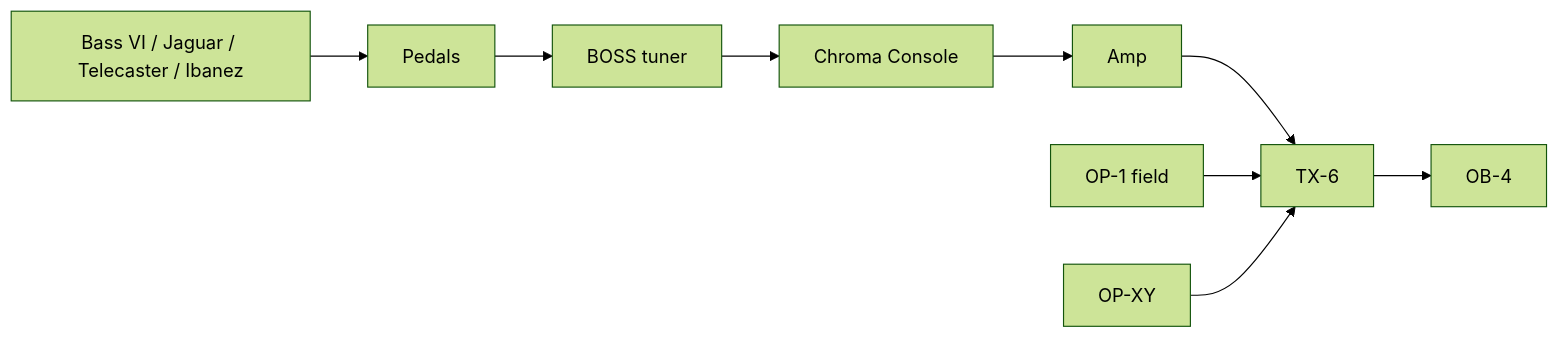
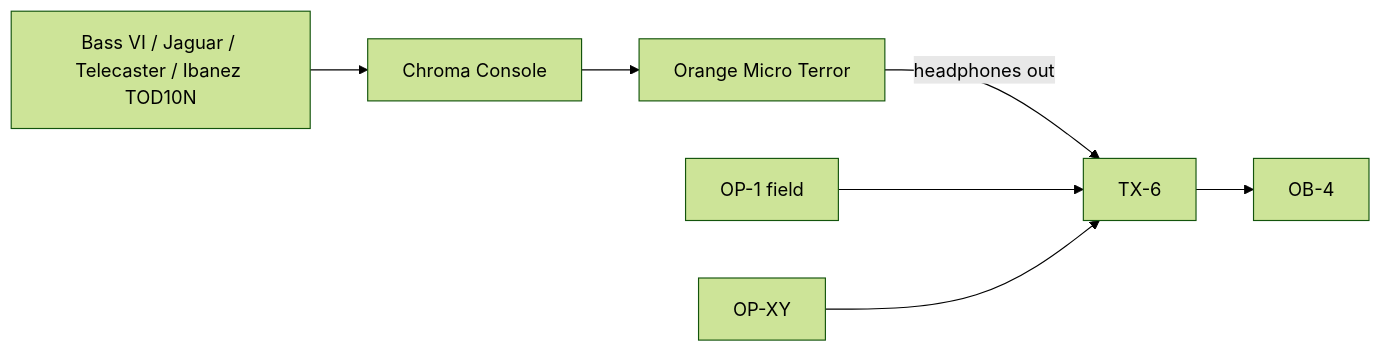
The diagram in README.md (samelliottdlt/music), drawn with Mermaid (forest theme) before and after one commit. The commit also changed other lines of this file and 16 other files, not shown here.

First line of the commit message:
Apply Sam's rig update: Chroma Console only, Orange Micro Terror, Ibanez TOD10N

````diff
--- a/README.md
+++ b/README.md
@@ -73,7 +73,8 @@
 ```mermaid
 flowchart LR
-    G[Bass VI / Jaguar / Telecaster / Ibanez] --> P[Pedals] --> T[BOSS tuner] --> C[Chroma Console] --> A[Amp] --> TX6[TX-6]
+    G[Bass VI / Jaguar / Telecaster / Ibanez TOD10N] --> C[Chroma Console] --> A[Orange Micro Terror]
+    A -->|headphones out| TX6[TX-6]
     OP1[OP-1 field] --> TX6
     OPXY[OP-XY] --> TX6
     TX6 --> OB4[OB-4]
 ```
````
